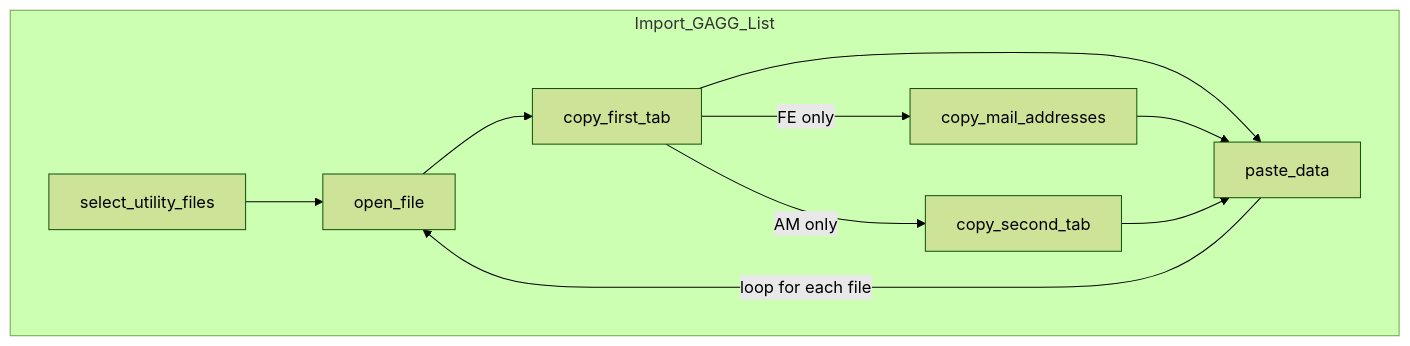
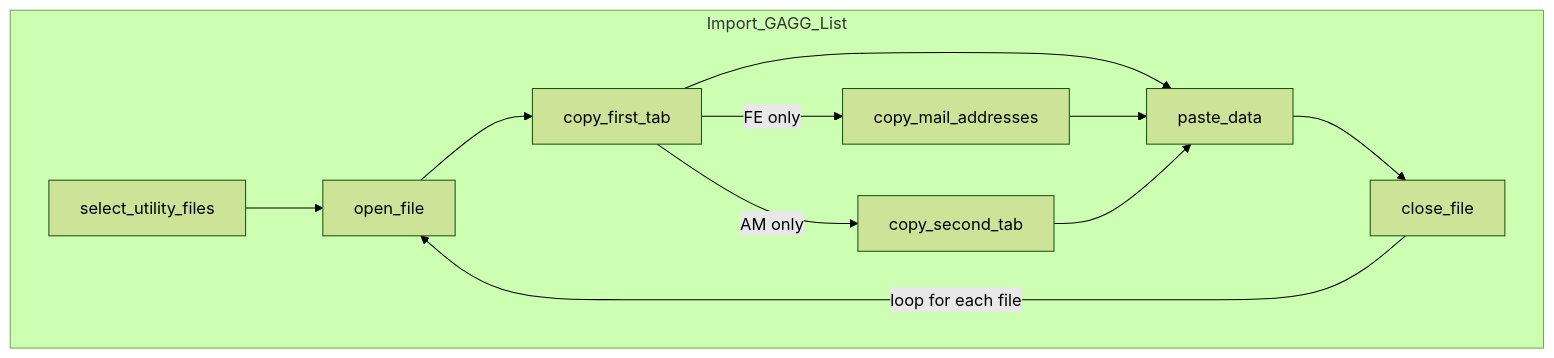
The second of 3 diagrams in DIAGRAMS.md (vistra-muniagg/List-Management-Tool), drawn with Mermaid (forest theme) before and after one commit. The commit also changed other lines of this file, not shown here.

Commit message:
Update diagrams and fix formatting issues

````diff
--- a/DIAGRAMS.md
+++ b/DIAGRAMS.md
@@ -53,16 +54,17 @@
 ```mermaid
 
 graph TD
 
     subgraph Import_GAGG_List
     direction LR
         select_utility_files --> open_file
         open_file --> copy_first_tab
         copy_first_tab --> paste_data
         copy_first_tab -->|"FE only"| copy_mail_addresses
         copy_first_tab -->|"AM only"| copy_second_tab
         copy_mail_addresses --> paste_data
         copy_second_tab --> paste_data
-        paste_data -->|"loop for each file"| open_file
+        close_file -->|"loop for each file"| open_file
+        paste_data --> close_file
     end
 ```
````
